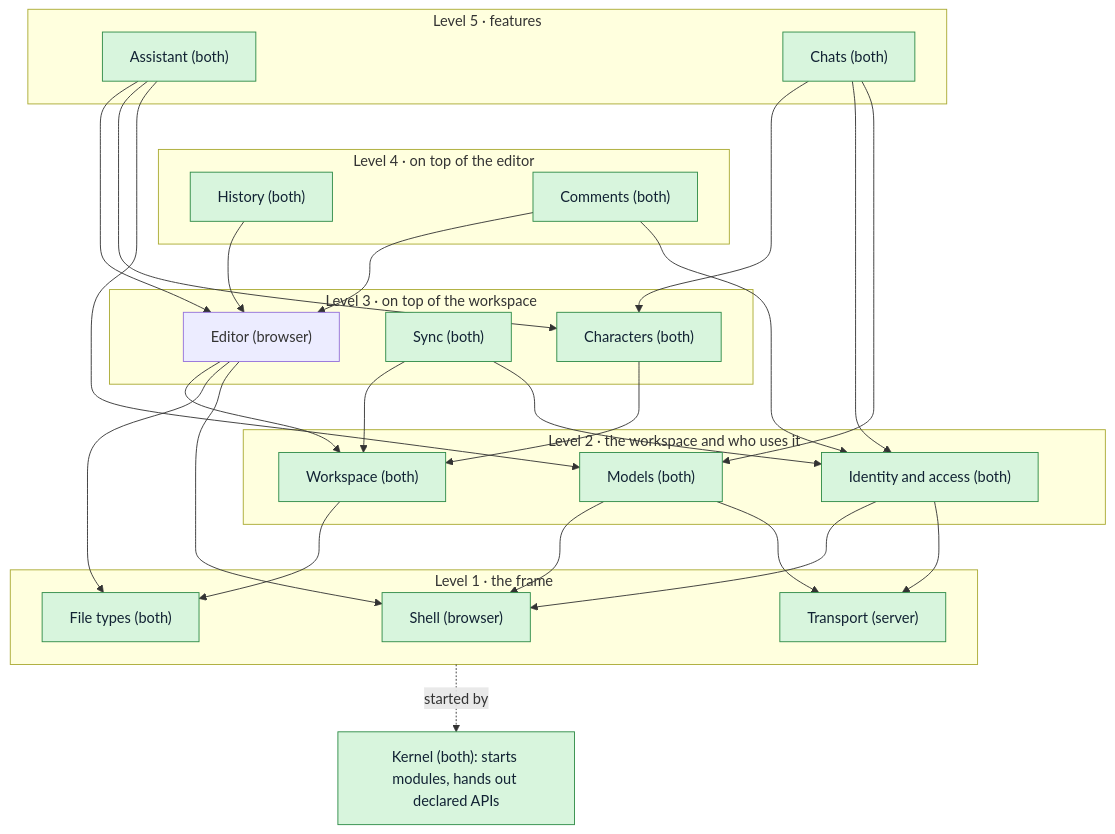
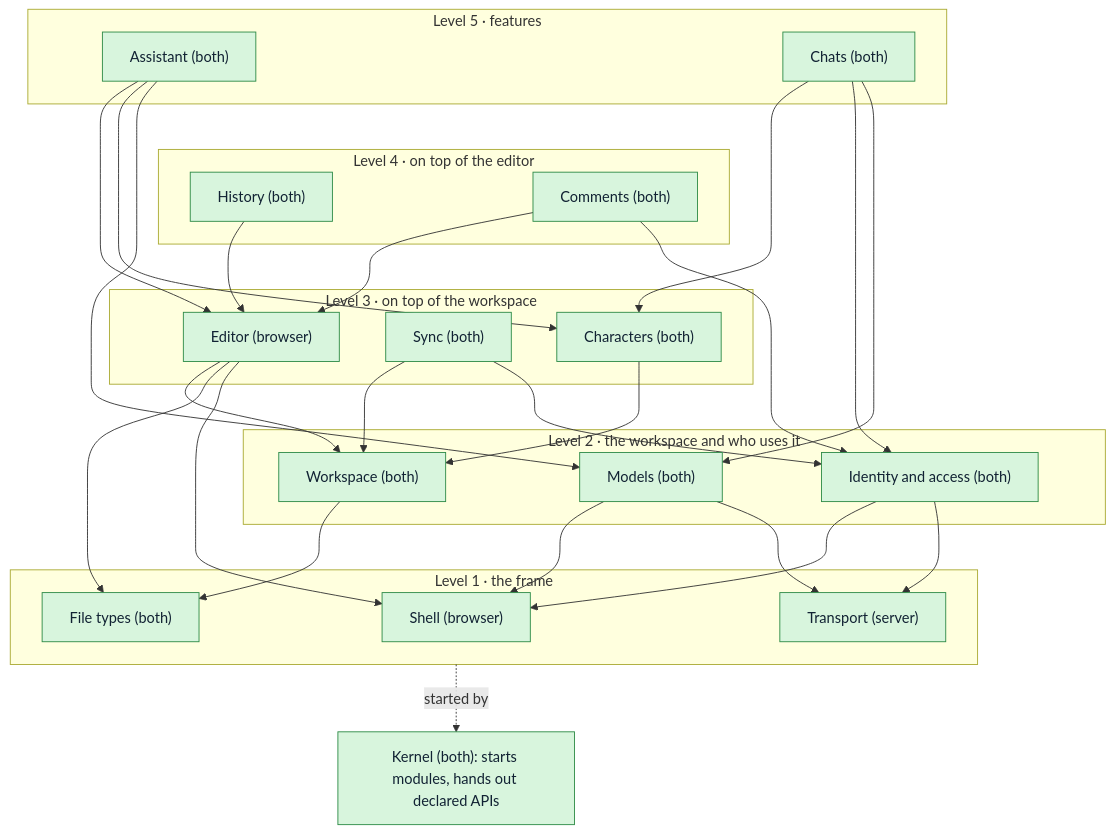
Before and after one commit to RustColeone/StiloMarker: the first of 5 diagrams in docs/ARCHITECTURE.md, drawn with Mermaid. The commit also changed other lines of this file and 30 other files, not shown here.

````diff
--- a/docs/ARCHITECTURE.md
+++ b/docs/ARCHITECTURE.md
@@ -54,43 +54,43 @@
 ```mermaid
 flowchart TB
   subgraph L5["Level 5 · features"]
     Assistant["Assistant (both)"]
     Chats["Chats (both)"]
   end
   subgraph L4["Level 4 · on top of the editor"]
     History["History (both)"]
     Comments["Comments (both)"]
   end
   subgraph L3["Level 3 · on top of the workspace"]
     Editor["Editor (browser)"]
     Sync["Sync (both)"]
     Characters["Characters (both)"]
   end
   subgraph L2["Level 2 · the workspace and who uses it"]
     Workspace["Workspace (both)"]
     Identity["Identity and access (both)"]
     Models["Models (both)"]
   end
   subgraph L1["Level 1 · the frame"]
     Shell["Shell (browser)"]
     Transport["Transport (server)"]
     FileTypes["File types (both)"]
   end
   Kernel["Kernel (both): starts modules, hands out declared APIs"]
 
   Assistant --> Editor & Characters & Models
   Chats --> Characters & Identity & Models
   History --> Editor
   Comments --> Editor & Identity
   Editor --> Workspace & FileTypes & Shell
   Characters --> Workspace
   Sync --> Workspace & Identity
   Workspace --> FileTypes
   Identity --> Shell & Transport
   Models --> Shell & Transport
   L1 -.started by.-> Kernel
   L5 ~~~ L4 ~~~ L3 ~~~ L2 ~~~ L1
 
   classDef built fill:#d8f5dd,stroke:#2e8b47,color:#123;
-  class Shell,Transport,FileTypes,Workspace,Identity,Models,Sync,Characters,History,Comments,Assistant,Chats,Kernel built;
+  class Shell,Transport,FileTypes,Workspace,Identity,Models,Sync,Editor,Characters,History,Comments,Assistant,Chats,Kernel built;
 ```
````
